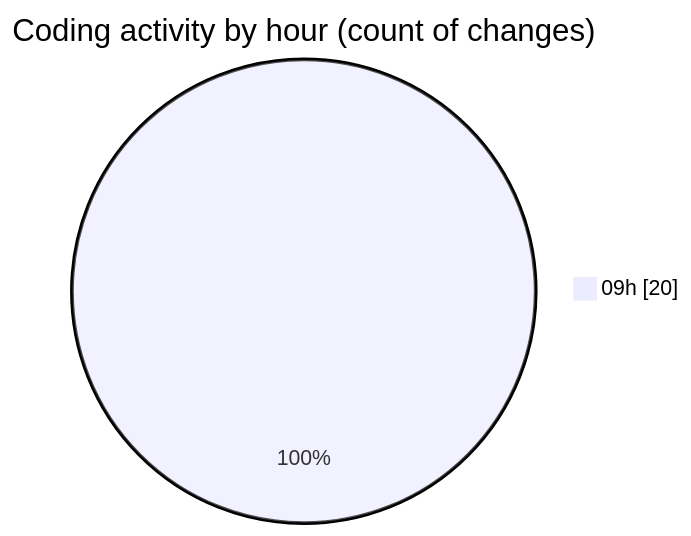
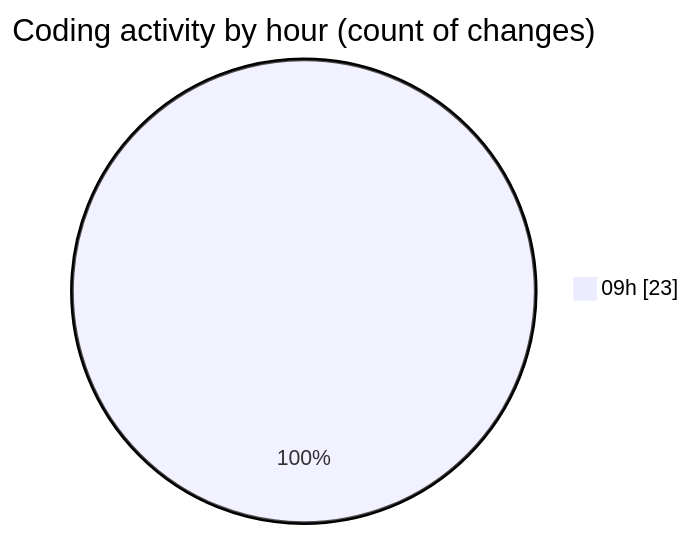
Before and after one commit to robertbonfada/code-tracking: the second of 2 diagrams in 2025-03-05/termonied_testador/README.md, drawn with Mermaid. The commit also changed other lines of this file and 1 other file, not shown here.

````diff
--- a/2025-03-05/termonied_testador/README.md
+++ b/2025-03-05/termonied_testador/README.md
@@ -31,5 +32,5 @@
 ```mermaid
 pie showData
 title Coding activity by hour (count of changes)
-"09h" : 20
+"09h" : 23
 ```
````
